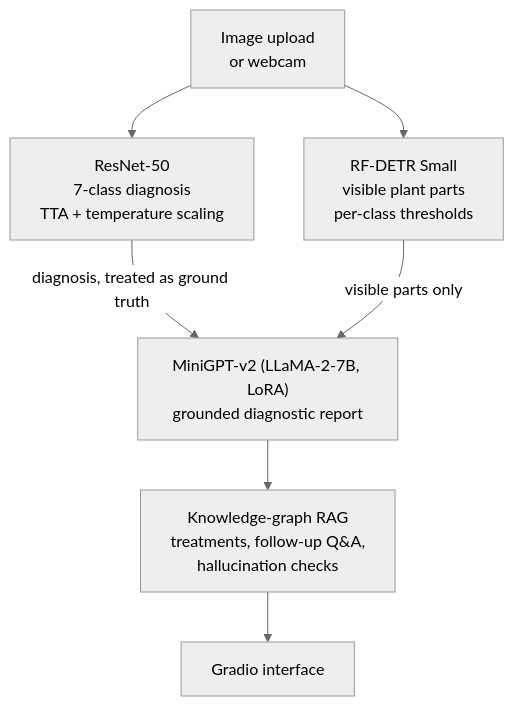
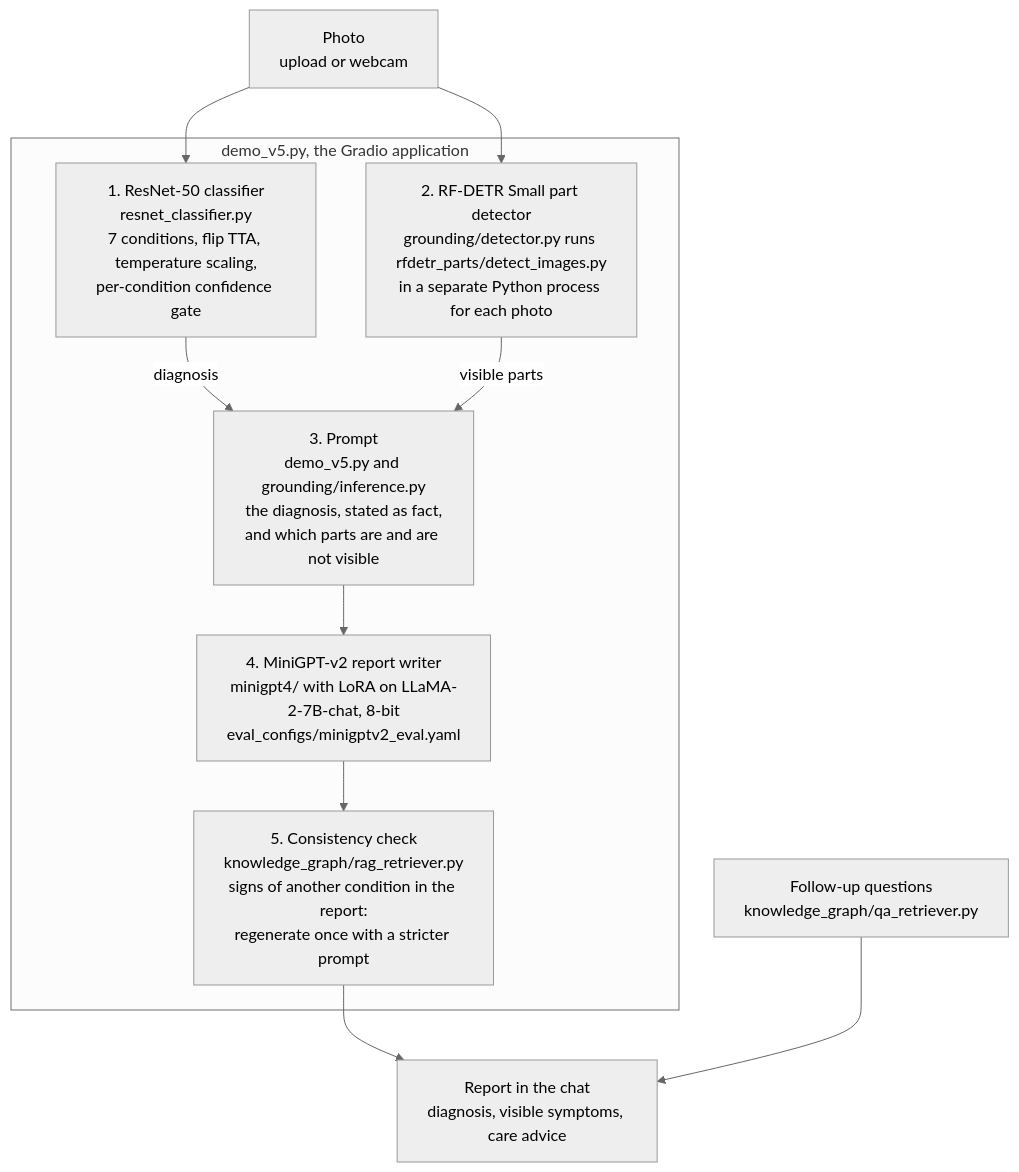
Before and after one commit to greatroboticslab/AGAI: the first of 2 diagrams in v1/README.md, drawn with Mermaid (neutral theme). The commit also changed other lines of this file and 2 other files, not shown here.

Commit message:
Diagrams of how the v1 and v2 pipelines chain their tools (with the file behind each step) near the top of v1/README.md and v2/README.md; v1 is labelled by the April 2026 report, not 'paper version'; v2/README.md says the journal manuscript's numbers all come from v2's code; the root diagram marks RF-DETR Large -> student as planned

````diff
--- a/v1/README.md
+++ b/v1/README.md
@@ -65,9 +20,18 @@
 ```mermaid
 flowchart TB
-    U["Image upload<br/>or webcam"] --> C["ResNet-50<br/>7-class diagnosis<br/>TTA + temperature scaling"]
-    U --> D["RF-DETR Small<br/>visible plant parts<br/>per-class thresholds"]
-    C -->|"diagnosis, treated as ground truth"| M["MiniGPT-v2 (LLaMA-2-7B, LoRA)<br/>grounded diagnostic report"]
-    D -->|"visible parts only"| M
-    M --> K["Knowledge-graph RAG<br/>treatments, follow-up Q&A,<br/>hallucination checks"]
-    K --> G["Gradio interface"]
+    P["Photo<br/>upload or webcam"]
+    subgraph APP["demo_v5.py, the Gradio application"]
+        C["1. ResNet-50 classifier<br/>resnet_classifier.py<br/>7 conditions, flip TTA, temperature scaling,<br/>per-condition confidence gate"]
+        D["2. RF-DETR Small part detector<br/>grounding/detector.py runs rfdetr_parts/detect_images.py<br/>in a separate Python process for each photo"]
+        B["3. Prompt<br/>demo_v5.py and grounding/inference.py<br/>the diagnosis, stated as fact,<br/>and which parts are and are not visible"]
+        M["4. MiniGPT-v2 report writer<br/>minigpt4/ with LoRA on LLaMA-2-7B-chat, 8-bit<br/>eval_configs/minigptv2_eval.yaml"]
+        K["5. Consistency check<br/>knowledge_graph/rag_retriever.py<br/>signs of another condition in the report:<br/>regenerate once with a stricter prompt"]
+    end
+    P --> C
+    P --> D
+    C -->|"diagnosis"| B
+    D -->|"visible parts"| B
+    B --> M --> K
+    K --> R["Report in the chat<br/>diagnosis, visible symptoms, care advice"]
+    Q["Follow-up questions<br/>knowledge_graph/qa_retriever.py"] --> R
 ```
````
